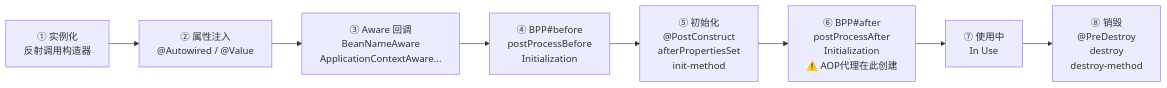
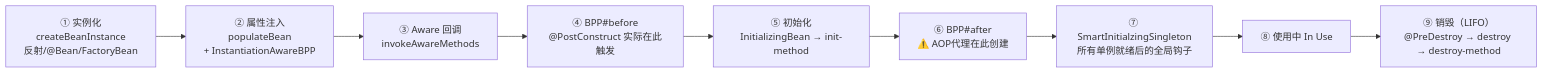
The first of 2 diagrams in docs/02-spring/01-核心基础/02-Bean生命周期与循环依赖.md (b1tzer/b1tzer.github.io), drawn with Mermaid before and after one commit. The commit also changed other lines of this file and 2 other files, not shown here.

````diff
--- a/docs/02-spring/01-核心基础/02-Bean生命周期与循环依赖.md
+++ b/docs/02-spring/01-核心基础/02-Bean生命周期与循环依赖.md
@@ -21,10 +40,11 @@
 ```mermaid
 flowchart LR
-    A["① 实例化<br>反射调用构造器"] --> B["② 属性注入<br>@Autowired / @Value"]
-    B --> C["③ Aware 回调<br>BeanNameAware<br>ApplicationContextAware..."]
-    C --> D["④ BPP#before<br>postProcessBefore<br>Initialization"]
-    D --> E["⑤ 初始化<br>@PostConstruct<br>afterPropertiesSet<br>init-method"]
-    E --> F["⑥ BPP#after<br>postProcessAfter<br>Initialization<br>⚠️ AOP代理在此创建"]
-    F --> G["⑦ 使用中<br>In Use"]
-    G --> H["⑧ 销毁<br>@PreDestroy<br>destroy<br>destroy-method"]
+    A["① 实例化<br>createBeanInstance<br>反射/@Bean/FactoryBean"] --> B["② 属性注入<br>populateBean<br>+ InstantiationAwareBPP"]
+    B --> C["③ Aware 回调<br>invokeAwareMethods"]
+    C --> D["④ BPP#before<br>@PostConstruct 实际在此触发"]
+    D --> E["⑤ 初始化<br>InitializingBean → init-method"]
+    E --> F["⑥ BPP#after<br>⚠️ AOP代理在此创建"]
+    F --> G["⑦ SmartInitialzingSingleton<br>所有单例就绪后的全局钩子"]
+    G --> H["⑧ 使用中 In Use"]
+    H --> I["⑨ 销毁（LIFO）<br>@PreDestroy → destroy → destroy-method"]
 ```
````
